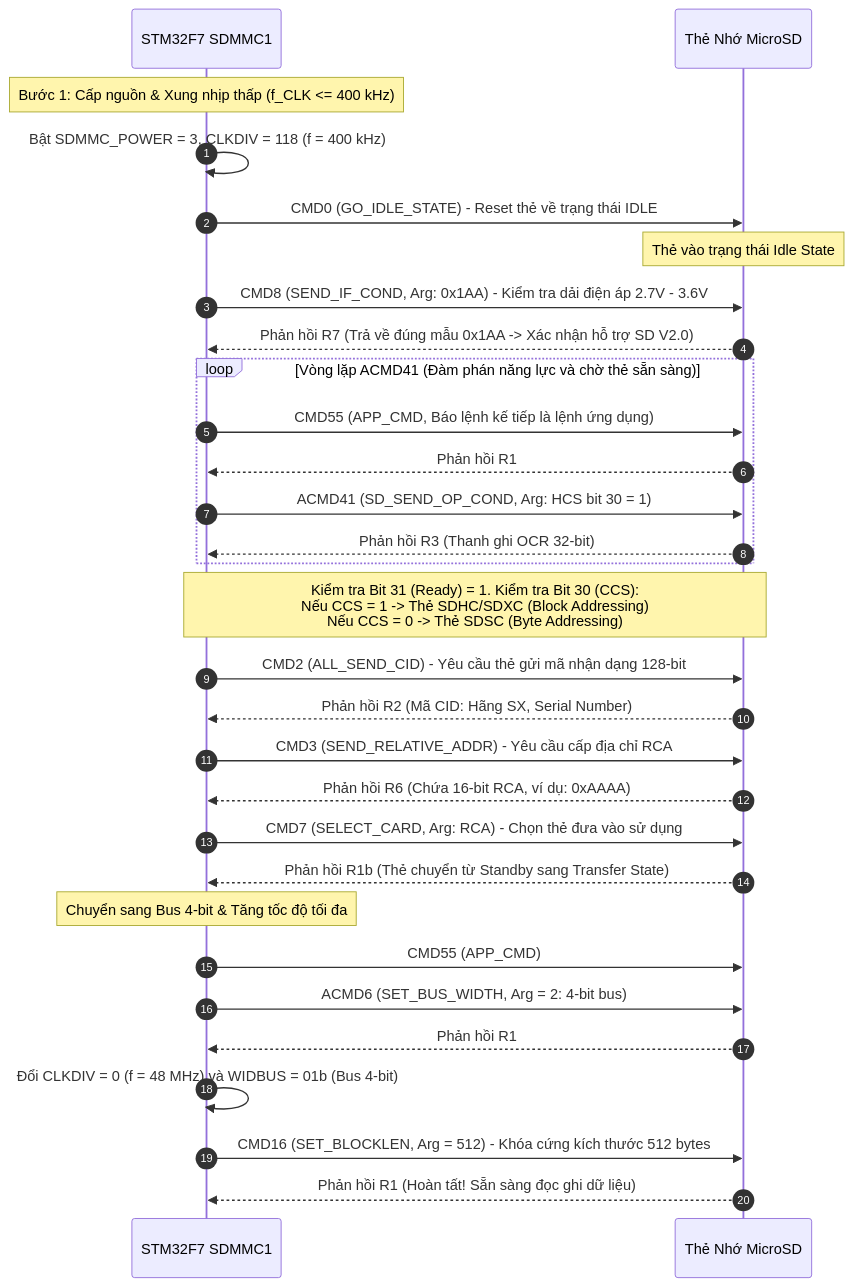
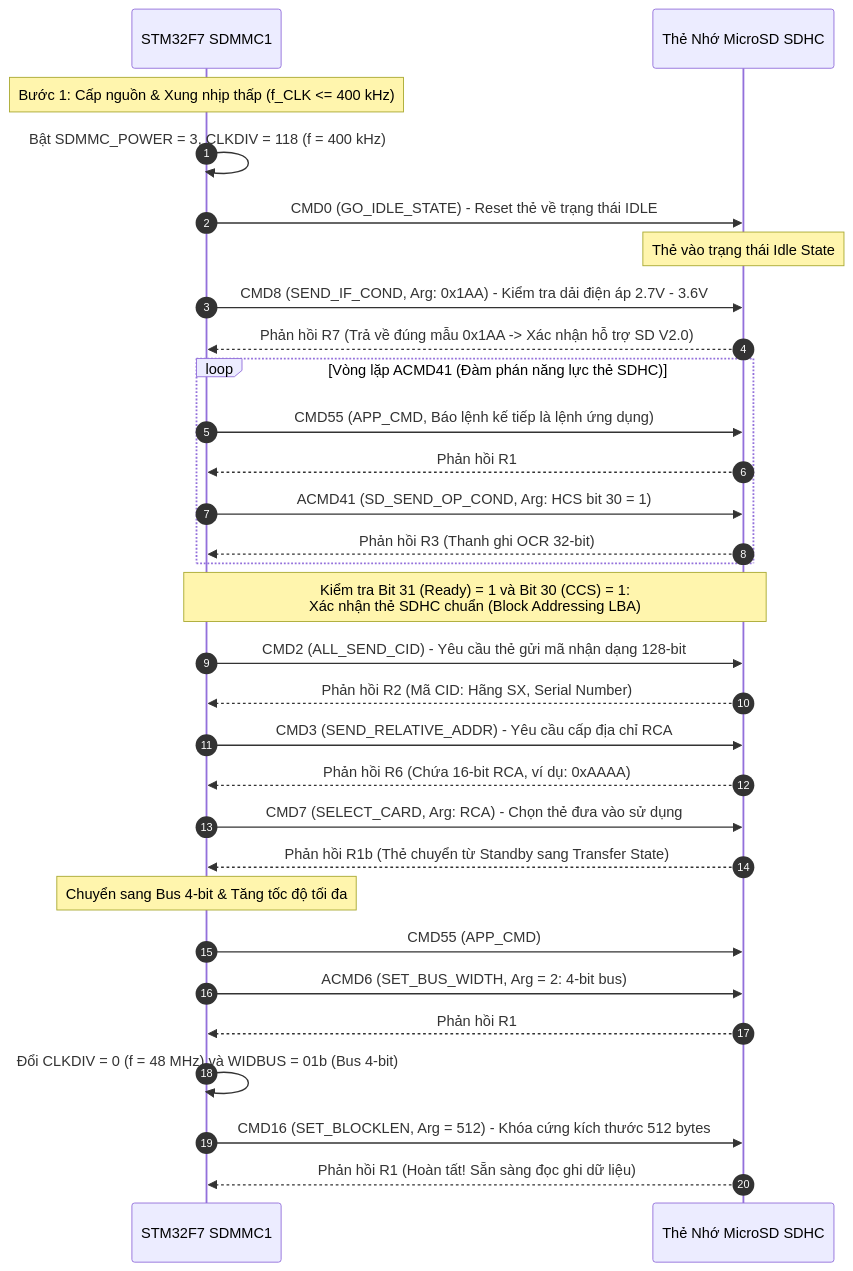
The first of 2 diagrams in sdmmc_fatfs_architecture.md (HuynhTran112/source), drawn with Mermaid before and after one commit. The commit also changed other lines of this file and 1 other file, not shown here.

````diff
--- a/sdmmc_fatfs_architecture.md
+++ b/sdmmc_fatfs_architecture.md
@@ -217,40 +204,40 @@
 ```mermaid
 sequenceDiagram
     autonumber
     participant Host as STM32F7 SDMMC1
-    participant Card as Thẻ Nhớ MicroSD
+    participant Card as Thẻ Nhớ MicroSD SDHC
 
     Note over Host: Bước 1: Cấp nguồn & Xung nhịp thấp (f_CLK <= 400 kHz)
     Host->>Host: Bật SDMMC_POWER = 3, CLKDIV = 118 (f = 400 kHz)
     Host->>Card: CMD0 (GO_IDLE_STATE) - Reset thẻ về trạng thái IDLE
     Note over Card: Thẻ vào trạng thái Idle State
 
     Host->>Card: CMD8 (SEND_IF_COND, Arg: 0x1AA) - Kiểm tra dải điện áp 2.7V - 3.6V
     Card-->>Host: Phản hồi R7 (Trả về đúng mẫu 0x1AA -> Xác nhận hỗ trợ SD V2.0)
 
-    loop Vòng lặp ACMD41 (Đàm phán năng lực và chờ thẻ sẵn sàng)
+    loop Vòng lặp ACMD41 (Đàm phán năng lực thẻ SDHC)
         Host->>Card: CMD55 (APP_CMD, Báo lệnh kế tiếp là lệnh ứng dụng)
         Card-->>Host: Phản hồi R1
         Host->>Card: ACMD41 (SD_SEND_OP_COND, Arg: HCS bit 30 = 1)
         Card-->>Host: Phản hồi R3 (Thanh ghi OCR 32-bit)
     end
-    Note over Host,Card: Kiểm tra Bit 31 (Ready) = 1. Kiểm tra Bit 30 (CCS):<br/>Nếu CCS = 1 -> Thẻ SDHC/SDXC (Block Addressing)<br/>Nếu CCS = 0 -> Thẻ SDSC (Byte Addressing)
+    Note over Host,Card: Kiểm tra Bit 31 (Ready) = 1 và Bit 30 (CCS) = 1:<br/>Xác nhận thẻ SDHC chuẩn (Block Addressing LBA)
 
     Host->>Card: CMD2 (ALL_SEND_CID) - Yêu cầu thẻ gửi mã nhận dạng 128-bit
     Card-->>Host: Phản hồi R2 (Mã CID: Hãng SX, Serial Number)
 
     Host->>Card: CMD3 (SEND_RELATIVE_ADDR) - Yêu cầu cấp địa chỉ RCA
     Card-->>Host: Phản hồi R6 (Chứa 16-bit RCA, ví dụ: 0xAAAA)
 
     Host->>Card: CMD7 (SELECT_CARD, Arg: RCA) - Chọn thẻ đưa vào sử dụng
     Card-->>Host: Phản hồi R1b (Thẻ chuyển từ Standby sang Transfer State)
 
     Note over Host: Chuyển sang Bus 4-bit & Tăng tốc độ tối đa
     Host->>Card: CMD55 (APP_CMD)
     Host->>Card: ACMD6 (SET_BUS_WIDTH, Arg = 2: 4-bit bus)
     Card-->>Host: Phản hồi R1
     Host->>Host: Đổi CLKDIV = 0 (f = 48 MHz) và WIDBUS = 01b (Bus 4-bit)
 
     Host->>Card: CMD16 (SET_BLOCKLEN, Arg = 512) - Khóa cứng kích thước 512 bytes
     Card-->>Host: Phản hồi R1 (Hoàn tất! Sẵn sàng đọc ghi dữ liệu)
 ```
````
